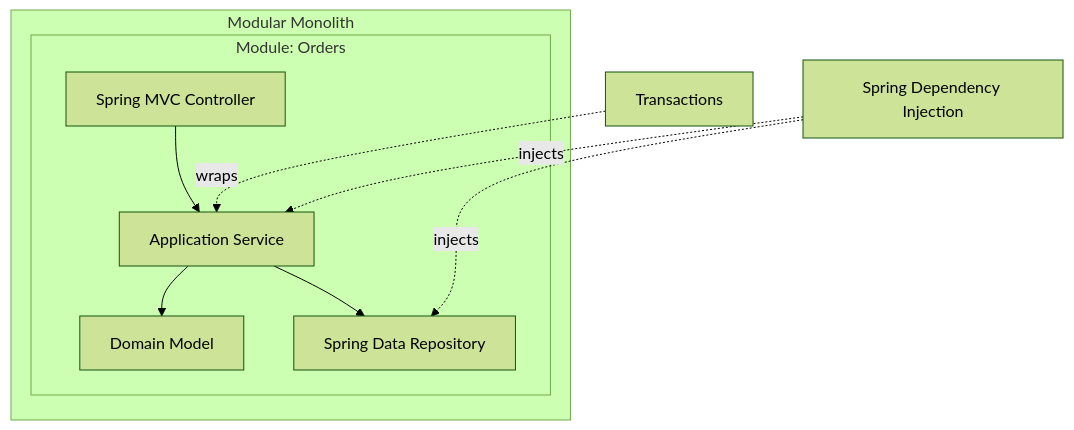
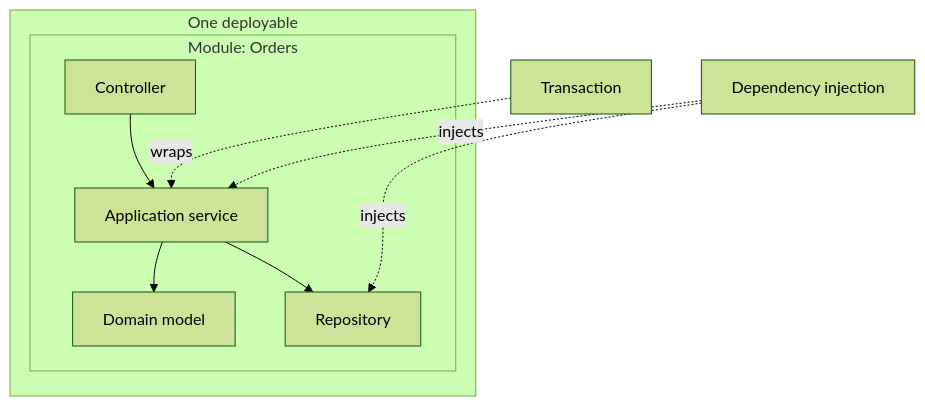
One commit to Bezugsmolluske/knowledge-base changed the diagram in Backend/Backend Architecture Overview.md. Above: the diagram before and after it, drawn with Mermaid (forest theme). The commit also changed other lines of this file and 15 other files, not shown here.

````diff
--- a/Backend/Backend Architecture Overview.md
+++ b/Backend/Backend Architecture Overview.md
@@ -16,13 +20,13 @@
 ```mermaid
 graph TD
-subgraph deployable [Modular Monolith]
+subgraph deployable [One deployable]
   subgraph orders [Module: Orders]
-    C[Spring MVC Controller] --> S[Application Service]
-    S --> D[Domain Model]
-    S --> R[Spring Data Repository]
+    C[Controller] --> S[Application service]
+    S --> D[Domain model]
+    S --> R[Repository]
   end
 end
-TX[Transactions] -.->|wraps| S
-DI[Spring Dependency Injection] -.->|injects| S
+TX[Transaction] -.->|wraps| S
+DI[Dependency injection] -.->|injects| S
 DI -.->|injects| R
 ```
````
